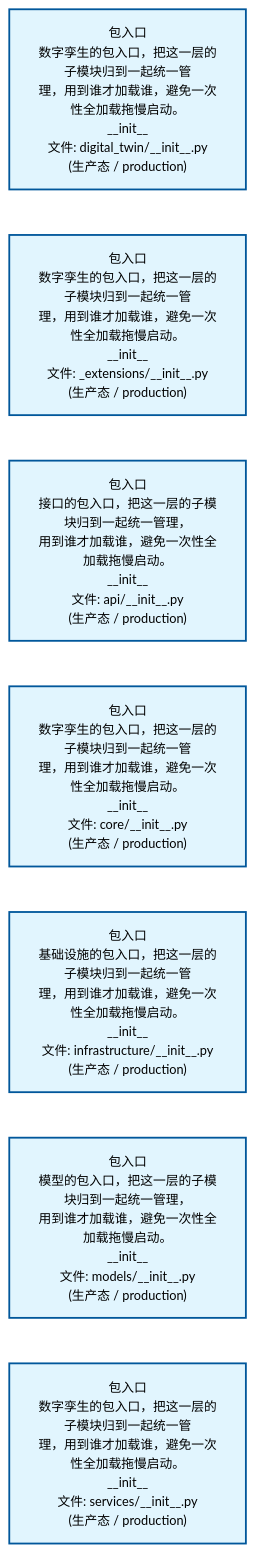
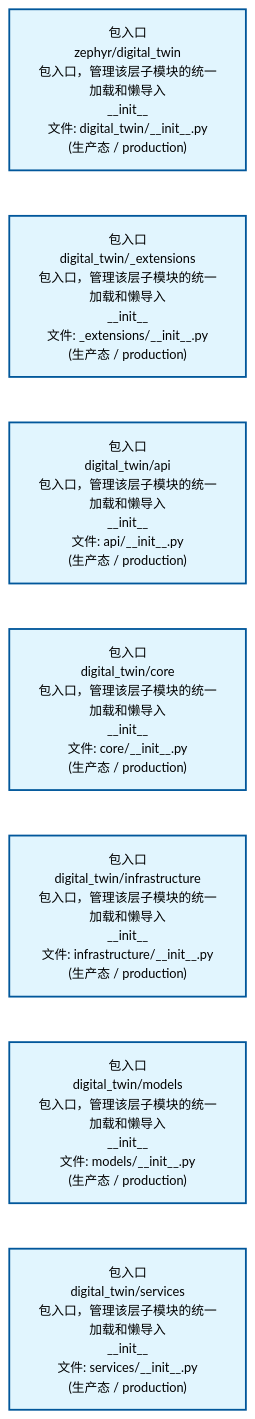
One commit to xuanFelixVan/ZephyrAlpha changed the second of 2 diagrams in docs/02_enterprise_architecture/02_domain_architecture_docs/42_d_digital_twin.md. Above: the diagram before and after it, drawn with Mermaid. The commit also changed other lines of this file and 60 other files, not shown here.

````diff
--- a/docs/02_enterprise_architecture/02_domain_architecture_docs/42_d_digital_twin.md
+++ b/docs/02_enterprise_architecture/02_domain_architecture_docs/42_d_digital_twin.md
@@ -80,22 +80,22 @@
 ```mermaid
 %%{init: {'theme': 'base', 'themeVariables': {'primaryColor': '#eaeaea', 'primaryTextColor': '#333333', 'primaryBorderColor': '#666666', 'lineColor': '#666666', 'secondaryColor': '#eaeaea', 'tertiaryColor': '#eaeaea', 'fontSize': '14px'}}}%%
 flowchart TD
-    src_zephyr_digital_twin_init_py["包入口<br/>数字孪生的包入口，把这一层的子模块归到一起统一管<br/>理，用到谁才加载谁，避免一次性全加载拖慢启动。<br/>__init__<br/>文件: digital_twin/__init__.py<br/>(生产态 / production)"]
-    src_zephyr_digital_twin_extensions_init_py["包入口<br/>数字孪生的包入口，把这一层的子模块归到一起统一管<br/>理，用到谁才加载谁，避免一次性全加载拖慢启动。<br/>__init__<br/>文件: _extensions/__init__.py<br/>(生产态 / production)"]
-    src_zephyr_digital_twin_api_init_py["包入口<br/>接口的包入口，把这一层的子模块归到一起统一管理，<br/>用到谁才加载谁，避免一次性全加载拖慢启动。<br/>__init__<br/>文件: api/__init__.py<br/>(生产态 / production)"]
-    src_zephyr_digital_twin_core_init_py["包入口<br/>数字孪生的包入口，把这一层的子模块归到一起统一管<br/>理，用到谁才加载谁，避免一次性全加载拖慢启动。<br/>__init__<br/>文件: core/__init__.py<br/>(生产态 / production)"]
-    src_zephyr_digital_twin_infrastructure_init_py["包入口<br/>基础设施的包入口，把这一层的子模块归到一起统一管<br/>理，用到谁才加载谁，避免一次性全加载拖慢启动。<br/>__init__<br/>文件: infrastructure/__init__.py<br/>(生产态 / production)"]
-    src_zephyr_digital_twin_models_init_py["包入口<br/>模型的包入口，把这一层的子模块归到一起统一管理，<br/>用到谁才加载谁，避免一次性全加载拖慢启动。<br/>__init__<br/>文件: models/__init__.py<br/>(生产态 / production)"]
-    src_zephyr_digital_twin_services_init_py["包入口<br/>数字孪生的包入口，把这一层的子模块归到一起统一管<br/>理，用到谁才加载谁，避免一次性全加载拖慢启动。<br/>__init__<br/>文件: services/__init__.py<br/>(生产态 / production)"]
+    src_zephyr_digital_twin_init_py["包入口<br/>zephyr/digital_twin<br/>包入口，管理该层子模块的统一加载和懒导入<br/>__init__<br/>文件: digital_twin/__init__.py<br/>(生产态 / production)"]
+    src_zephyr_digital_twin_extensions_init_py["包入口<br/>digital_twin/_extensions<br/>包入口，管理该层子模块的统一加载和懒导入<br/>__init__<br/>文件: _extensions/__init__.py<br/>(生产态 / production)"]
+    src_zephyr_digital_twin_api_init_py["包入口<br/>digital_twin/api<br/>包入口，管理该层子模块的统一加载和懒导入<br/>__init__<br/>文件: api/__init__.py<br/>(生产态 / production)"]
+    src_zephyr_digital_twin_core_init_py["包入口<br/>digital_twin/core<br/>包入口，管理该层子模块的统一加载和懒导入<br/>__init__<br/>文件: core/__init__.py<br/>(生产态 / production)"]
+    src_zephyr_digital_twin_infrastructure_init_py["包入口<br/>digital_twin/infrastructure<br/>包入口，管理该层子模块的统一加载和懒导入<br/>__init__<br/>文件: infrastructure/__init__.py<br/>(生产态 / production)"]
+    src_zephyr_digital_twin_models_init_py["包入口<br/>digital_twin/models<br/>包入口，管理该层子模块的统一加载和懒导入<br/>__init__<br/>文件: models/__init__.py<br/>(生产态 / production)"]
+    src_zephyr_digital_twin_services_init_py["包入口<br/>digital_twin/services<br/>包入口，管理该层子模块的统一加载和懒导入<br/>__init__<br/>文件: services/__init__.py<br/>(生产态 / production)"]
     src_zephyr_digital_twin_init_py ~~~ src_zephyr_digital_twin_extensions_init_py
     src_zephyr_digital_twin_extensions_init_py ~~~ src_zephyr_digital_twin_api_init_py
     src_zephyr_digital_twin_api_init_py ~~~ src_zephyr_digital_twin_core_init_py
     src_zephyr_digital_twin_core_init_py ~~~ src_zephyr_digital_twin_infrastructure_init_py
     src_zephyr_digital_twin_infrastructure_init_py ~~~ src_zephyr_digital_twin_models_init_py
     src_zephyr_digital_twin_models_init_py ~~~ src_zephyr_digital_twin_services_init_py
     classDef production fill:#e1f5fe,stroke:#01579b,stroke-width:2px,color:#000
     classDef design fill:#fff3e0,stroke:#e65100,stroke-width:2px,color:#000,stroke-dasharray: 5 5
     classDef external_prod fill:#e8f4fd,stroke:#0277bd,stroke-width:1px,color:#000
     classDef external_design fill:#fff8e7,stroke:#ef6c00,stroke-width:1px,color:#000,stroke-dasharray: 5 5
     class src_zephyr_digital_twin_init_py,src_zephyr_digital_twin_extensions_init_py,src_zephyr_digital_twin_api_init_py,src_zephyr_digital_twin_core_init_py,src_zephyr_digital_twin_infrastructure_init_py,src_zephyr_digital_twin_models_init_py,src_zephyr_digital_twin_services_init_py production
 ```
````
